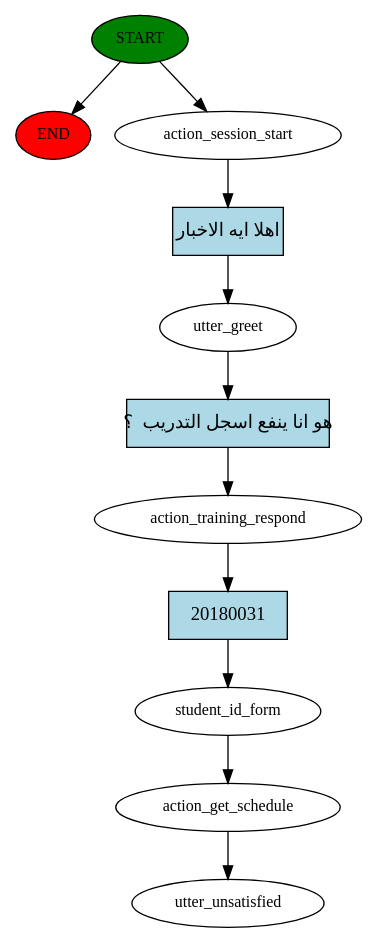
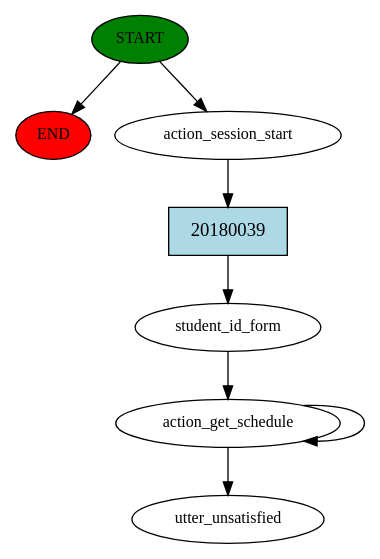
The diagram in story_graph.dot (skawy/Arabic-Conversational-Assistant), drawn with Graphviz before and after one commit. The commit also changed 18 other files, not shown here.

```diff
--- a/story_graph.dot
+++ b/story_graph.dot
@@ -1,23 +1,16 @@
 digraph  {
 0 [class="start active", fillcolor=green, fontsize=12, label=START, style=filled];
 "-1" [class=end, fillcolor=red, fontsize=12, label=END, style=filled];
 1 [class=active, fontsize=12, label=action_session_start];
-2 [class=active, fontsize=12, label=utter_greet];
-3 [class=active, fontsize=12, label=action_training_respond];
-4 [class=active, fontsize=12, label=student_id_form];
-5 [class=active, fontsize=12, label=action_get_schedule];
-6 [class="dashed active", fontsize=12, label=utter_unsatisfied];
-7 [class="intent active", fillcolor=lightblue, label="اهلا ايه الاخبار", shape=rect, style=filled];
-8 [class="intent active", fillcolor=lightblue, label="هو انا ينفع اسجل التدريب  ؟", shape=rect, style=filled];
-9 [class="intent active", fillcolor=lightblue, label=20180031, shape=rect, style=filled];
+2 [class=active, fontsize=12, label=student_id_form];
+3 [class=active, fontsize=12, label=action_get_schedule];
+7 [class="dashed active", fontsize=12, label=utter_unsatisfied];
+8 [class="intent active", fillcolor=lightblue, label=20180039, shape=rect, style=filled];
 0 -> "-1"  [class="", key=NONE, label=""];
 0 -> 1  [class=active, key=NONE, label=""];
-1 -> 7  [class=active, key=0];
-2 -> 8  [class=active, key=0];
-3 -> 9  [class=active, key=0];
-4 -> 5  [class=active, key=NONE, label=""];
-5 -> 6  [class=active, key=NONE, label=""];
-7 -> 2  [class=active, key=0];
-8 -> 3  [class=active, key=0];
-9 -> 4  [class=active, key=0];
+1 -> 8  [class=active, key=0];
+2 -> 3  [class=active, key=NONE, label=""];
+3 -> 3  [class=active, key=NONE, label=""];
+3 -> 7  [class=active, key=NONE, label=""];
+8 -> 2  [class=active, key=0];
 }
```
